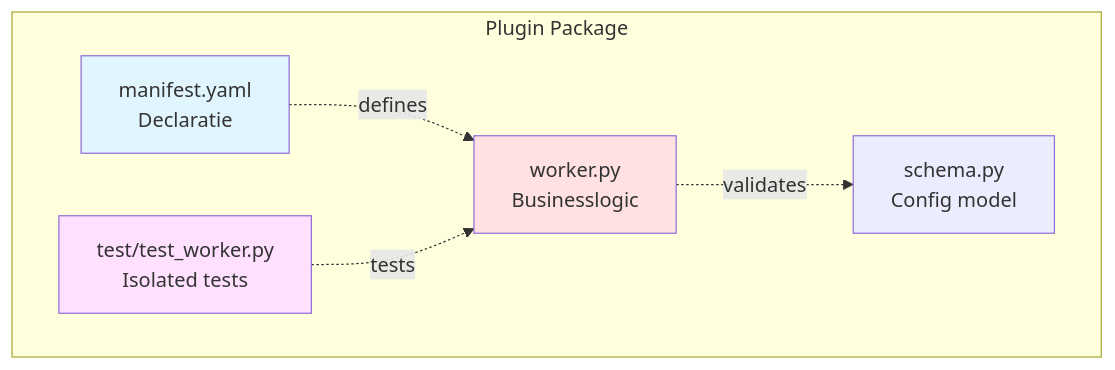
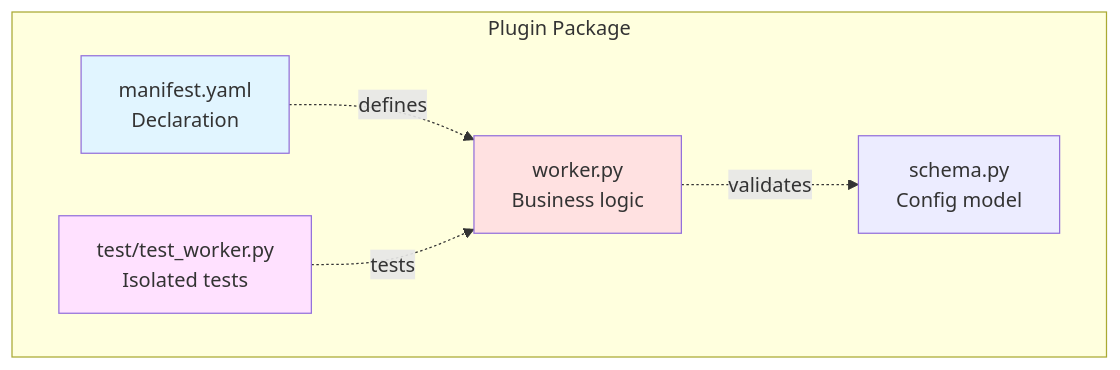
Before and after one commit to MikeyVK/S1mpleTraderV3: the diagram in docs/architecture/CORE_PRINCIPLES.md, drawn with Mermaid. The commit also changed other lines of this file and 4 other files, not shown here.

````diff
--- a/docs/architecture/CORE_PRINCIPLES.md
+++ b/docs/architecture/CORE_PRINCIPLES.md
@@ -21,17 +26,17 @@
 ```mermaid
 graph TD
     subgraph Plugin["Plugin Package"]
-        M[manifest.yaml<br/>Declaratie]
-        W[worker.py<br/>Businesslogic]
+        M[manifest.yaml<br/>Declaration]
+        W[worker.py<br/>Business logic]
         S[schema.py<br/>Config model]
         T[test/test_worker.py<br/>Isolated tests]
     end
     
     M -.defines.-> W
     W -.validates.-> S
     T -.tests.-> W
     
     style M fill:#e1f5ff
     style W fill:#ffe1e1
     style T fill:#ffe1ff
 ```
````
